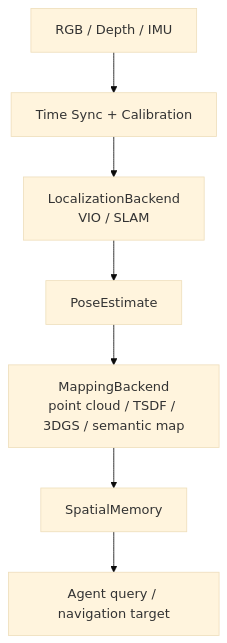
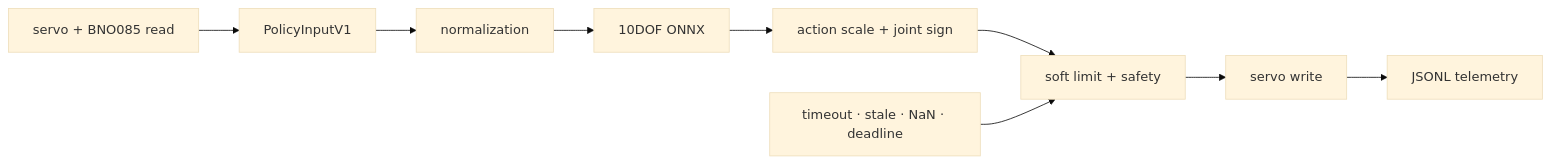
The third of 4 diagrams in docs/ARCHITECTURE.md (carpentry-liu/mini-duck-lite), drawn with Mermaid (base theme) before and after one commit. The commit also changed other lines of this file and 33 other files, not shown here.

````diff
--- a/docs/ARCHITECTURE.md
+++ b/docs/ARCHITECTURE.md
@@ -73,12 +46,11 @@
 ```mermaid
-flowchart TB
-  SENSOR[RGB / Depth / IMU]
-  SYNC[Time Sync + Calibration]
-  LOC[LocalizationBackend\nVIO / SLAM]
-  POSE[PoseEstimate]
-  MAP[MappingBackend\npoint cloud / TSDF / 3DGS / semantic map]
-  MEM[SpatialMemory]
-  QUERY[Agent query / navigation target]
-
-  SENSOR --> SYNC --> LOC --> POSE --> MAP --> MEM --> QUERY
+flowchart LR
+  READ[servo + BNO085 read] --> OBS[PolicyInputV1]
+  OBS --> NORM[normalization]
+  NORM --> ONNX[10DOF ONNX]
+  ONNX --> SCALE[action scale + joint sign]
+  SCALE --> LIMIT[soft limit + safety]
+  LIMIT --> WRITE[servo write]
+  WRITE --> LOG[JSONL telemetry]
+  WATCH[timeout · stale · NaN · deadline] --> LIMIT
 ```
````
